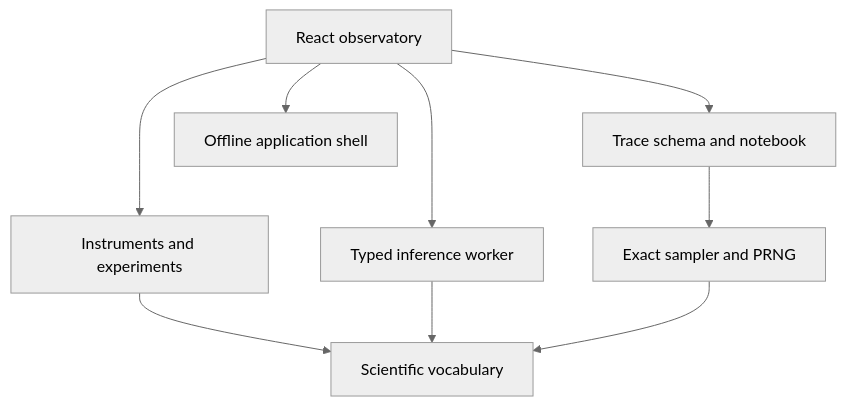
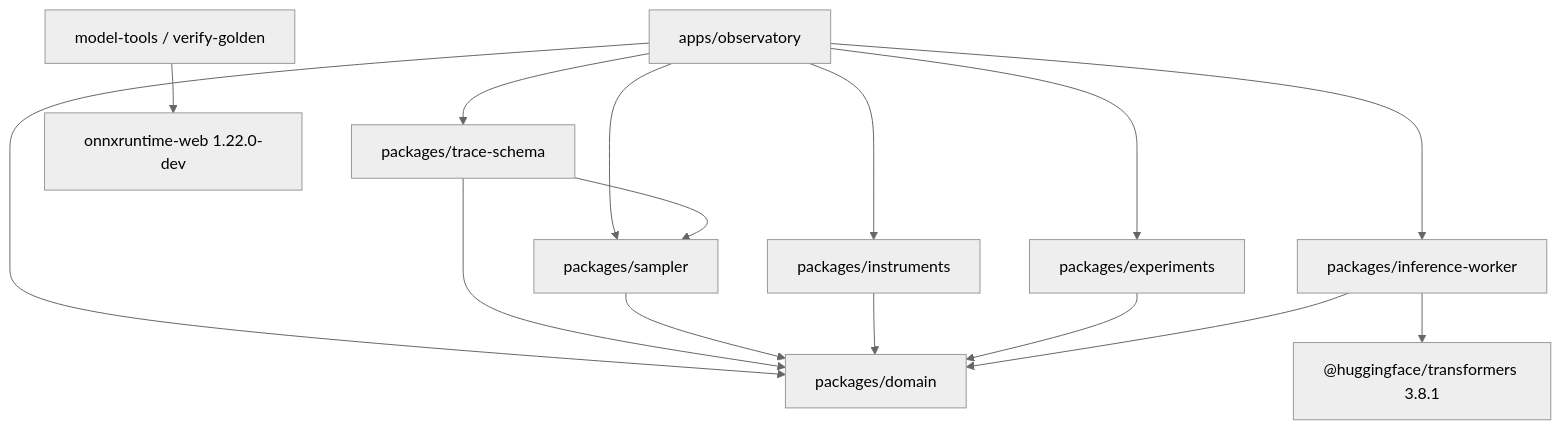
Before and after one commit to Blazenetic/thinking-machine-observatory: the diagram in docs/architecture/README.md, drawn with Mermaid (neutral theme). The commit also changed other lines of this file and 17 other files, not shown here.

````diff
--- a/docs/architecture/README.md
+++ b/docs/architecture/README.md
@@ -14,11 +14,17 @@
 ```mermaid
 flowchart TD
-    App["React observatory"] --> Views["Instruments and experiments"]
-    App --> Worker["Typed inference worker"]
-    App --> Trace["Trace schema and notebook"]
-    App --> Shell["Offline application shell"]
-    Views --> Domain["Scientific vocabulary"]
-    Trace --> Sampler["Exact sampler and PRNG"]
+    App["apps/observatory"] --> Instruments["packages/instruments"]
+    App --> Experiments["packages/experiments"]
+    App --> Worker["packages/inference-worker"]
+    App --> Trace["packages/trace-schema"]
+    App --> Sampler["packages/sampler"]
+    App --> Domain["packages/domain"]
+    Trace --> Sampler
+    Trace --> Domain
+    Sampler --> Domain
+    Instruments --> Domain
+    Experiments --> Domain
     Worker --> Domain
-    Sampler --> Domain
+    Worker --> Transformers["@huggingface/transformers 3.8.1"]
+    Golden["model-tools / verify-golden"] --> Ort["onnxruntime-web 1.22.0-dev"]
 ```
````
